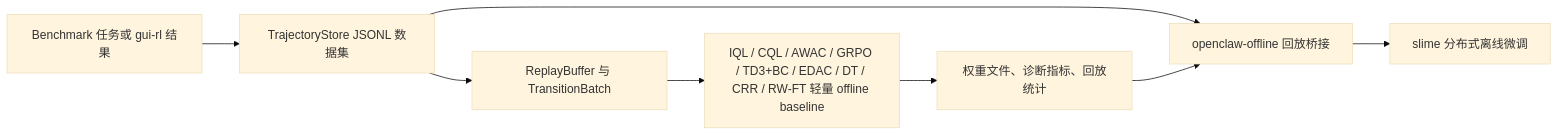
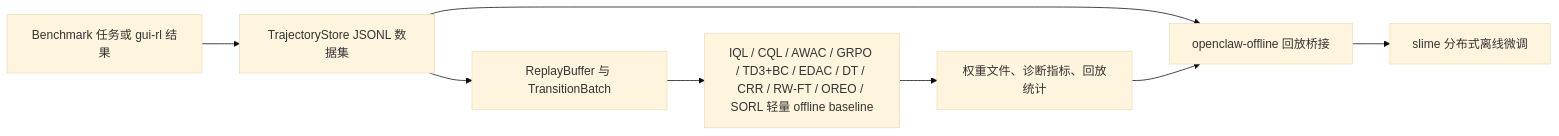
Before and after one commit to MING-ZCH/OpenClaw-RL-Offline: the diagram in README.zh-CN.md, drawn with Mermaid (base theme). The commit also changed other lines of this file and 8 other files, not shown here.

````diff
--- a/README.zh-CN.md
+++ b/README.zh-CN.md
@@ -9,10 +9,10 @@
 ```mermaid
 flowchart LR
   A[Benchmark 任务或 gui-rl 结果] --> B[TrajectoryStore JSONL 数据集]
   B --> C[ReplayBuffer 与 TransitionBatch]
-  C --> D[IQL / CQL / AWAC / GRPO / TD3+BC / EDAC / DT / CRR / RW-FT 轻量 offline baseline]
+  C --> D[IQL / CQL / AWAC / GRPO / TD3+BC / EDAC / DT / CRR / RW-FT / OREO / SORL 轻量 offline baseline]
   D --> E[权重文件、诊断指标、回放统计]
   B --> F[openclaw-offline 回放桥接]
   E --> F
   F --> G[slime 分布式离线微调]
 ```
````
